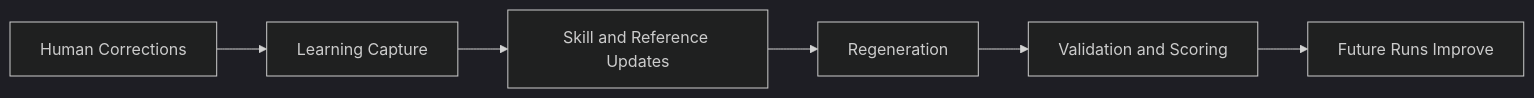
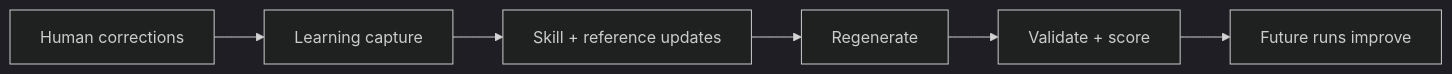
One commit to briancl2/CustomerNewsletter changed the second of 2 diagrams in docs/architecture.md. Above: the diagram before and after it, drawn with Mermaid (dark theme). The commit also changed other lines of this file and 17 other files, not shown here.

````diff
--- a/docs/architecture.md
+++ b/docs/architecture.md
@@ -17,8 +20,8 @@
 ```mermaid
 flowchart LR
-  H["Human Corrections"] --> I["Learning Capture"]
-  I --> J["Skill and Reference Updates"]
-  J --> K["Regeneration"]
-  K --> L["Validation and Scoring"]
-  L --> M["Future Runs Improve"]
+  A["Human corrections"] --> B["Learning capture"]
+  B --> C["Skill + reference updates"]
+  C --> D["Regenerate"]
+  D --> E["Validate + score"]
+  E --> F["Future runs improve"]
 ```
````
